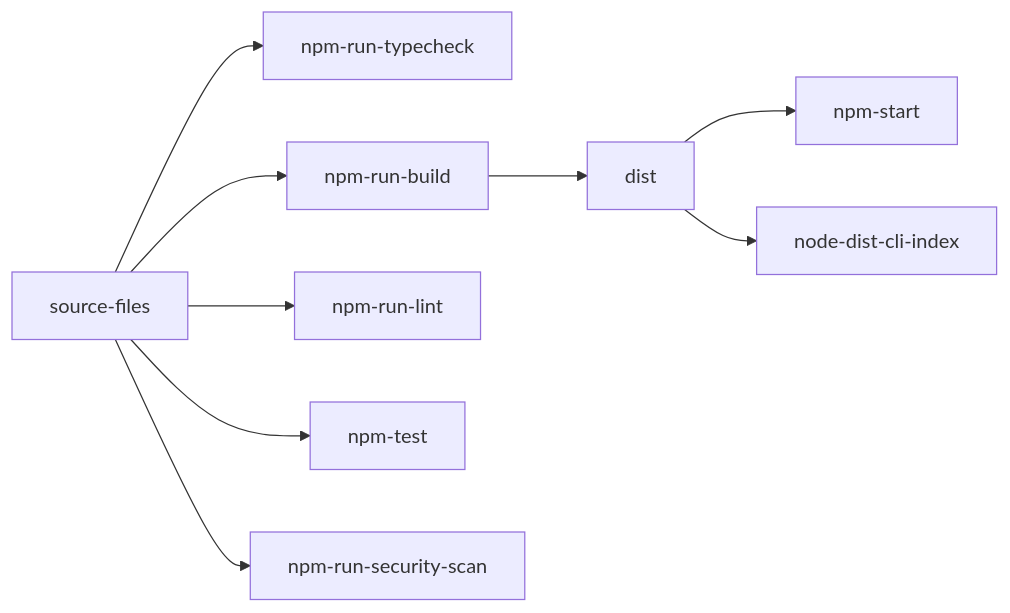
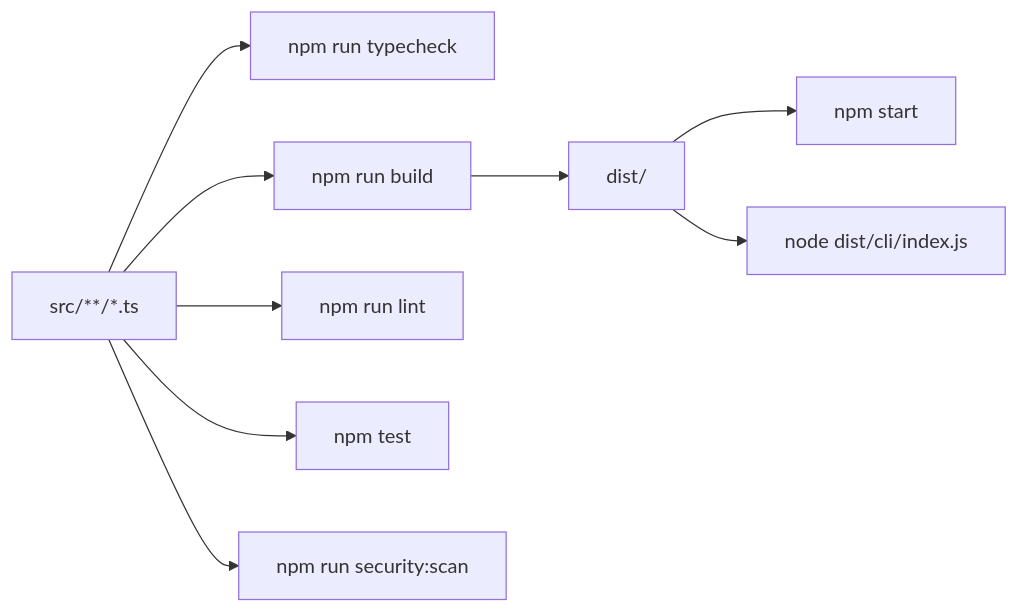
Before and after one commit to pandol69kim-bot/gitautopipe: the fourth of 4 diagrams in 프로젝트 전체 구조도.md, drawn with Mermaid. The commit also changed other lines of this file and 5 other files, not shown here.

Commit message:
feat: Add new diagrams and update existing documentation for improved clarity and Mermaid compatibility

````diff
--- a/프로젝트 전체 구조도.md
+++ b/프로젝트 전체 구조도.md
@@ -128,20 +146,12 @@
 ```mermaid
-graph LR
-Source[source-files]
-Typecheck[npm-run-typecheck]
-Build[npm-run-build]
-Lint[npm-run-lint]
-Test[npm-test]
-SecretScan[npm-run-security-scan]
-Dist[dist]
-Start[npm-start]
-CLIExec[node-dist-cli-index]
-Source --> Typecheck
-Source --> Build
-Source --> Lint
-Source --> Test
-Source --> SecretScan
-Build --> Dist
-Dist --> Start
-Dist --> CLIExec
+flowchart LR
+  Source["src/**/*.ts"] --> Typecheck["npm run typecheck"]
+  Source --> Build["npm run build"]
+  Source --> Lint["npm run lint"]
+  Source --> Test["npm test"]
+  Source --> SecretScan["npm run security:scan"]
+
+  Build --> Dist["dist/"]
+  Dist --> Start["npm start"]
+  Dist --> CLIExec["node dist/cli/index.js"]
 ```
````
